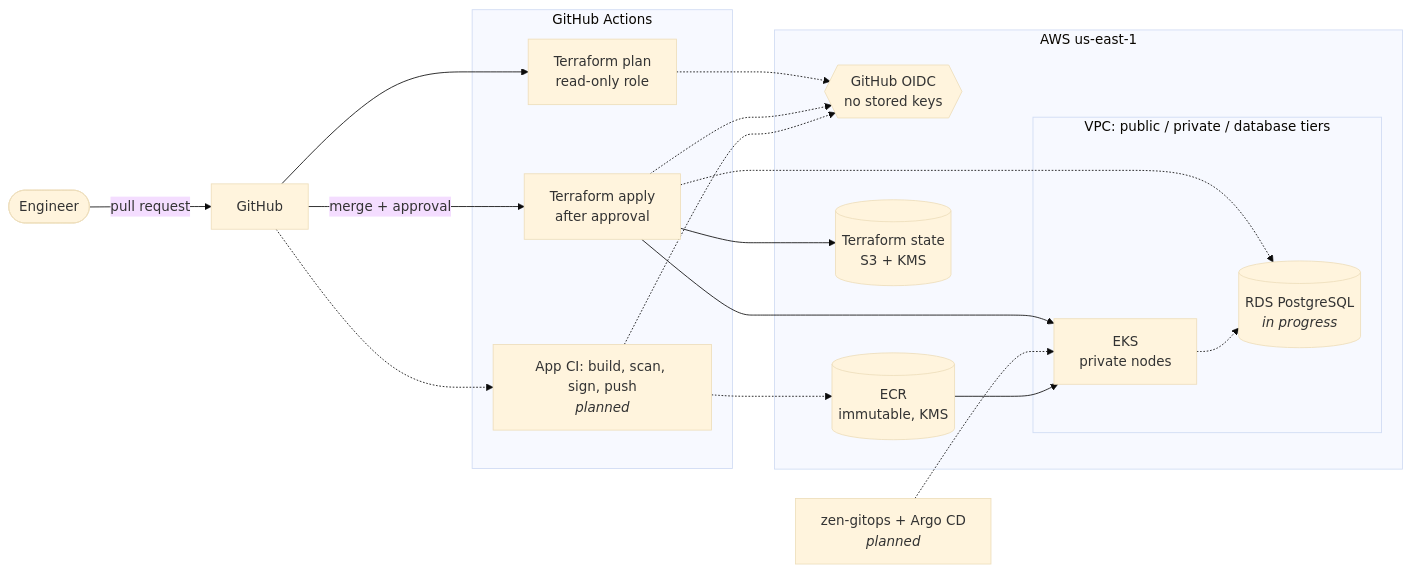
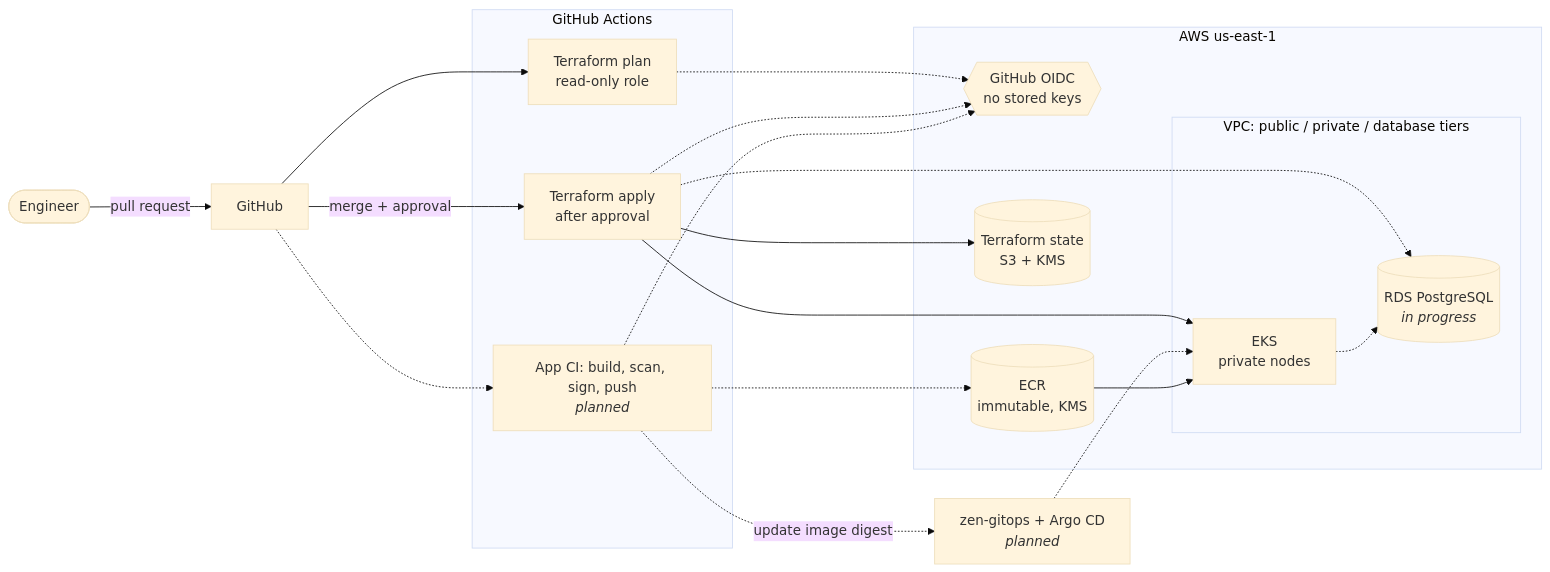
Before and after one commit to abdurahim50/project-lotus: the diagram in README.md, drawn with Mermaid (base theme). The commit also changed other lines of this file, not shown here.

````diff
--- a/README.md
+++ b/README.md
@@ -15,35 +15,36 @@
 ```mermaid
 flowchart LR
     dev([Engineer]) -->|pull request| gh[GitHub]
 
     subgraph ci[GitHub Actions]
         plan[Terraform plan<br/>read-only role]
         apply[Terraform apply<br/>after approval]
         build[App CI: build, scan, sign, push<br/><i>planned</i>]
     end
 
     gh --> plan
     gh -->|merge + approval| apply
     gh -.-> build
 
     subgraph aws[AWS us-east-1]
         oidc{{GitHub OIDC<br/>no stored keys}}
         ecr[(ECR<br/>immutable, KMS)]
         subgraph vpc[VPC: public / private / database tiers]
             eks[EKS<br/>private nodes]
             rds[(RDS PostgreSQL<br/><i>in progress</i>)]
         end
         state[(Terraform state<br/>S3 + KMS)]
     end
 
     plan -.-> oidc
     apply -.-> oidc
     build -.-> oidc
     apply --> state
     apply --> eks
     apply -.-> rds
     build -.-> ecr
+    build -.->|update image digest| gitops
     gitops[zen-gitops + Argo CD<br/><i>planned</i>] -.-> eks
     ecr --> eks
     eks -.-> rds
 ```
````
